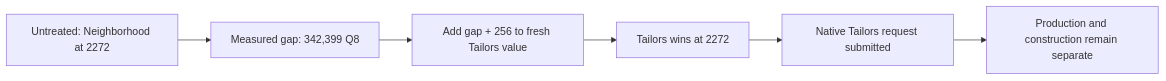
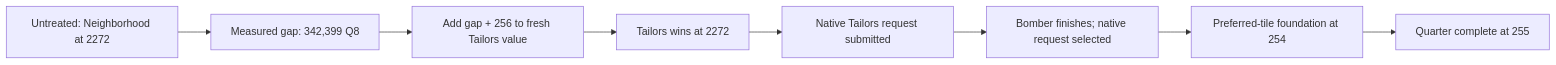
One commit to hennogous/Henno-Mods changed the diagram in project/docs/research/mods/civ6-district-placement-choice-20261103.md. Above: the diagram before and after it, drawn with Mermaid. The commit also changed other lines of this file and 14 other files, not shown here.

Commit message:
Prove native Quarter choice through preferred-site completion

````diff
--- a/project/docs/research/mods/civ6-district-placement-choice-20261103.md
+++ b/project/docs/research/mods/civ6-district-placement-choice-20261103.md
@@ -141,8 +141,10 @@
 ```mermaid
 flowchart LR
   A["Untreated: Neighborhood at 2272"] --> B["Measured gap: 342,399 Q8"]
   B --> C["Add gap + 256 to fresh Tailors value"]
   C --> D["Tailors wins at 2272"]
   D --> E["Native Tailors request submitted"]
-  E --> F["Production and construction remain separate"]
+  E --> F["Bomber finishes; native request selected"]
+  F --> G["Preferred-tile foundation at 254"]
+  G --> H["Quarter complete at 255"]
 ```
````
